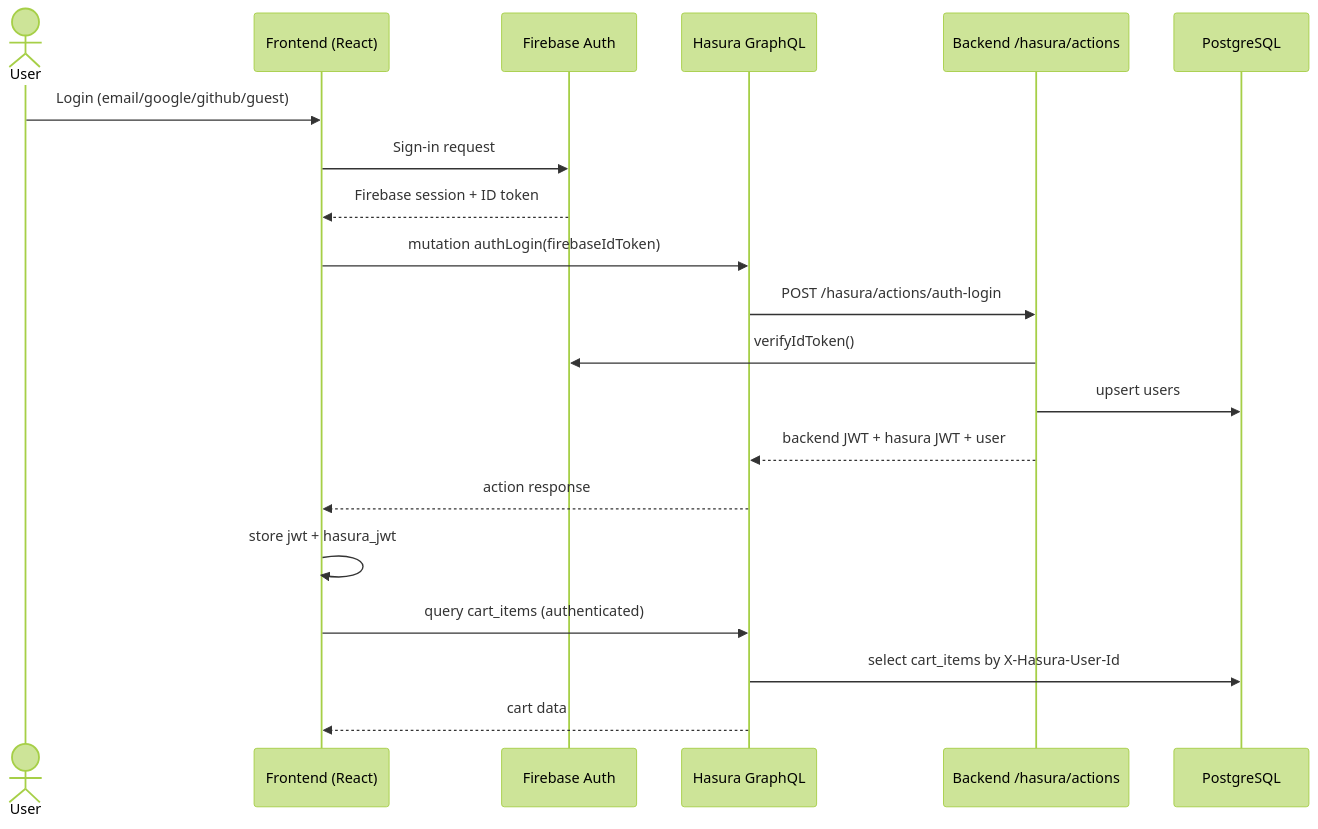
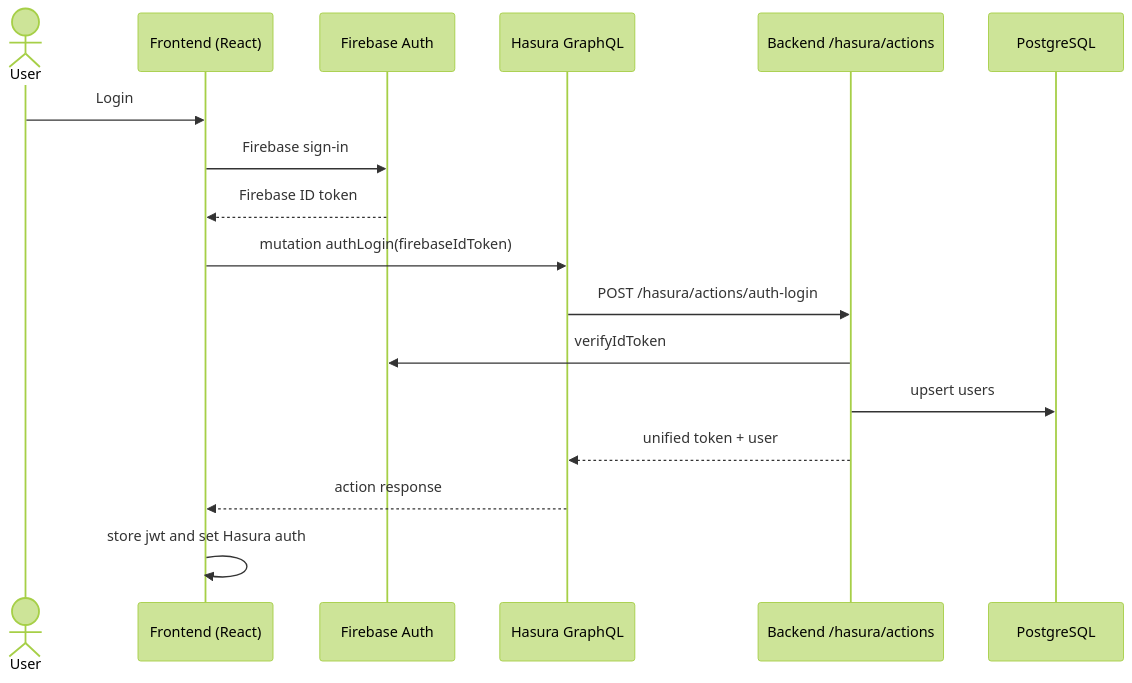
One commit to 007abishek/react-frontend changed the first of 7 diagrams in SEQUENCE_DIAGRAMS.md. Above: the diagram before and after it, drawn with Mermaid (forest theme). The commit also changed other lines of this file and 24 other files, not shown here.

````diff
--- a/SEQUENCE_DIAGRAMS.md
+++ b/SEQUENCE_DIAGRAMS.md
@@ -5,23 +7,20 @@
 ```mermaid
 sequenceDiagram
   actor U as User
   participant FE as Frontend (React)
   participant FB as Firebase Auth
   participant H as Hasura GraphQL
   participant BE as Backend /hasura/actions
   participant DB as PostgreSQL
 
-  U->>FE: Login (email/google/github/guest)
-  FE->>FB: Sign-in request
-  FB-->>FE: Firebase session + ID token
+  U->>FE: Login
+  FE->>FB: Firebase sign-in
+  FB-->>FE: Firebase ID token
   FE->>H: mutation authLogin(firebaseIdToken)
   H->>BE: POST /hasura/actions/auth-login
-  BE->>FB: verifyIdToken()
+  BE->>FB: verifyIdToken
   BE->>DB: upsert users
-  BE-->>H: backend JWT + hasura JWT + user
+  BE-->>H: unified token + user
   H-->>FE: action response
-  FE->>FE: store jwt + hasura_jwt
-  FE->>H: query cart_items (authenticated)
-  H->>DB: select cart_items by X-Hasura-User-Id
-  H-->>FE: cart data
+  FE->>FE: store jwt and set Hasura auth
 ```
````
